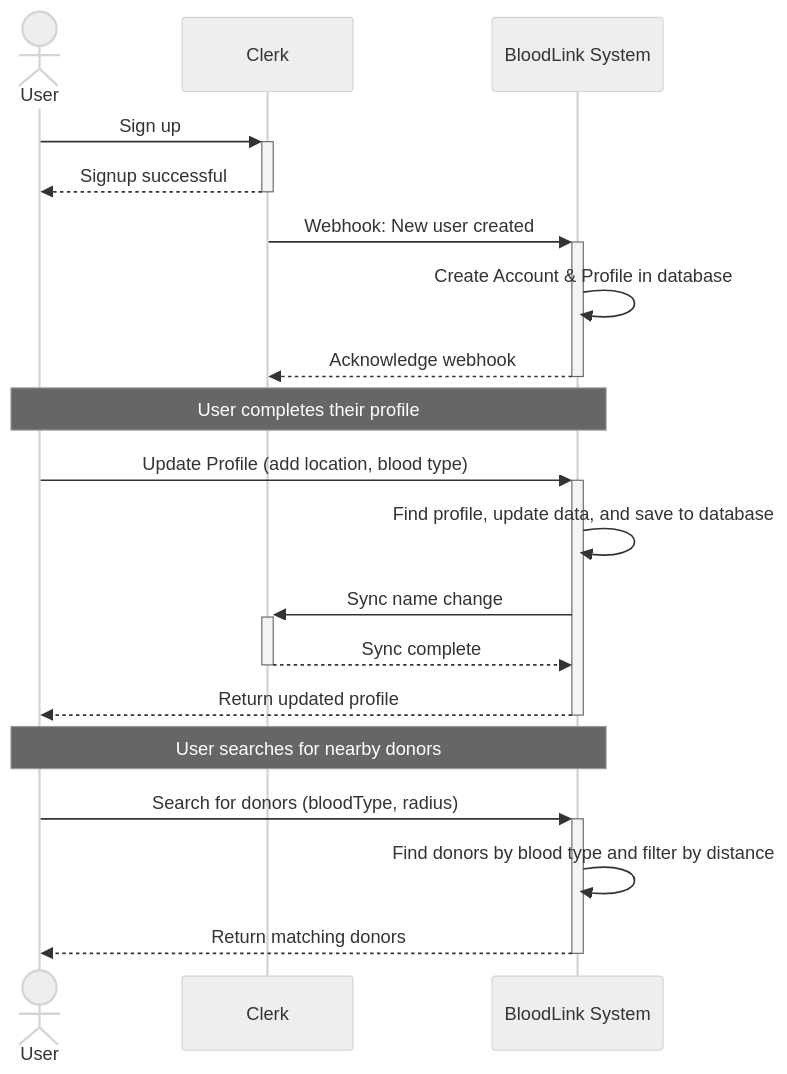
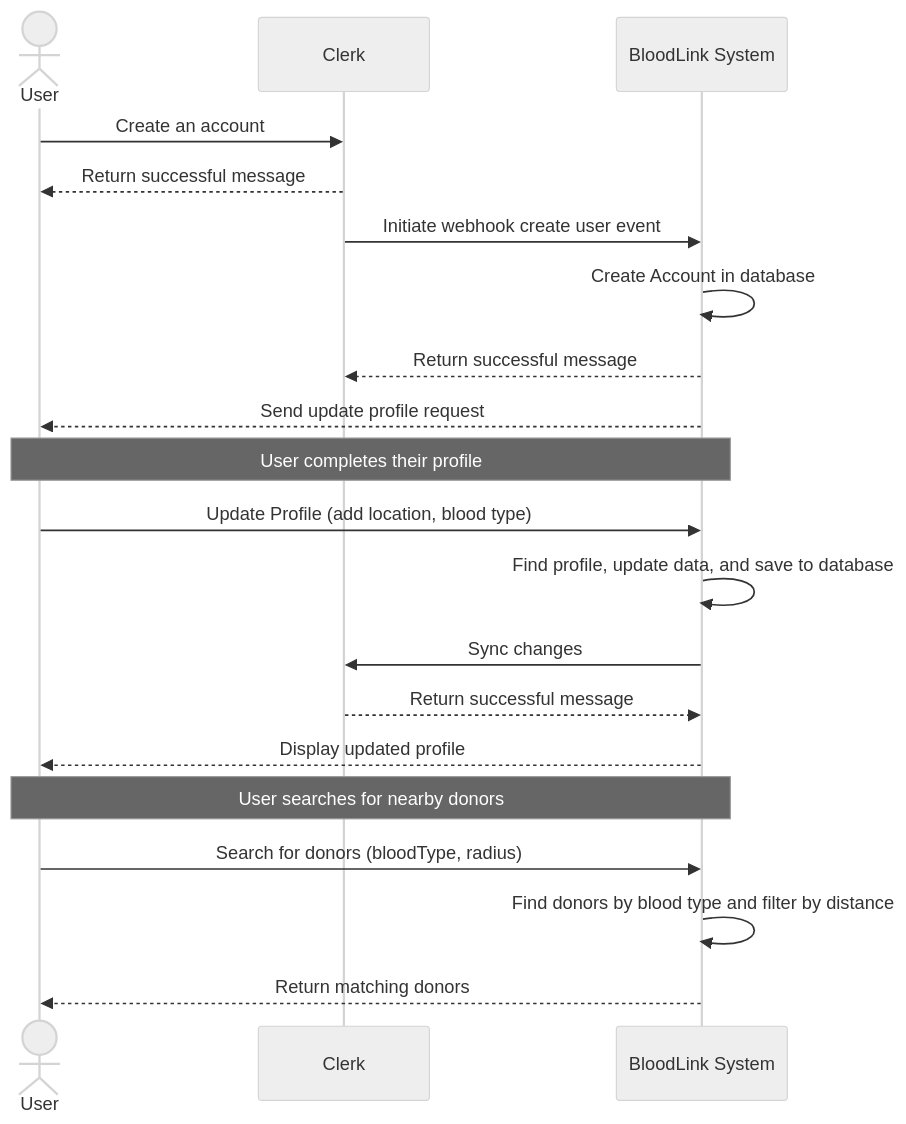
One commit to phamnguyenviethung/bloodlink-be changed the second of 2 diagrams in docs/CUSTOMER_FLOW.md. Above: the diagram before and after it, drawn with Mermaid (neutral theme). The commit also changed 1 other file, not shown here.

Commit message:
Update sequence diagram

````diff
--- a/docs/CUSTOMER_FLOW.md
+++ b/docs/CUSTOMER_FLOW.md
@@ -68,31 +68,32 @@
 ```mermaid
 sequenceDiagram
     actor User
     participant Clerk
     participant System as BloodLink System
 
     %% --- 1. Registration ---
-    User->>+Clerk: Sign up
-    Clerk-->>-User: Signup successful
+    User->>Clerk: Create an account
+    Clerk-->>User: Return successful message
 
-    Clerk->>+System: Webhook: New user created
-    System->>System: Create Account & Profile in database
-    System-->>-Clerk: Acknowledge webhook
-
+    Clerk->>System: Initiate webhook create user event
+    System->>System: Create Account in database
+    System-->>Clerk: Return successful message
+    System-->>User: Send update profile request
+    
     Note over User, System: User completes their profile
 
     %% --- 2. Update Profile ---
-    User->>+System: Update Profile (add location, blood type)
+    User->>System: Update Profile (add location, blood type)
     System->>System: Find profile, update data, and save to database
-    System->>+Clerk: Sync name change
-    Clerk-->>-System: Sync complete
-    System-->>-User: Return updated profile
+    System->>Clerk: Sync changes
+    Clerk-->>System: Return successful message
+    System-->>User: Display updated profile
 
     Note over User, System: User searches for nearby donors
 
     %% --- 3. Search ---
-    User->>+System: Search for donors (bloodType, radius)
+    User->>System: Search for donors (bloodType, radius)
     System->>System: Find donors by blood type and filter by distance
-    System-->>-User: Return matching donors
+    System-->>User: Return matching donors
 
 ```
````
